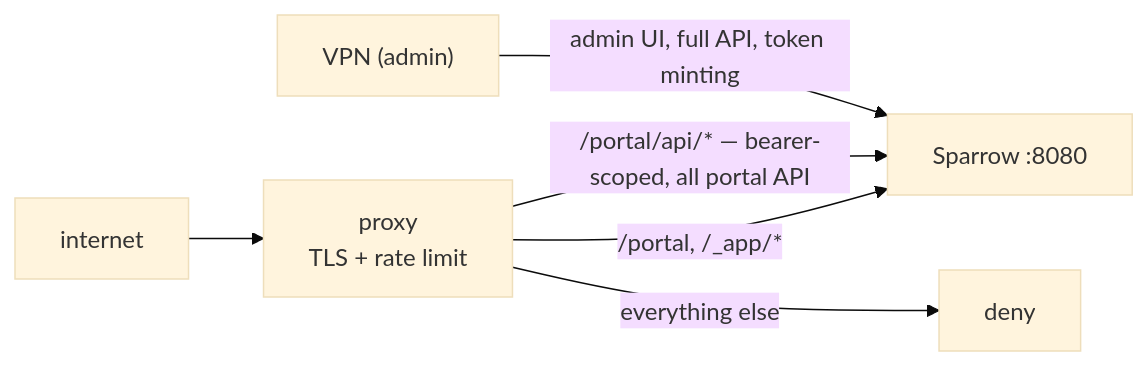
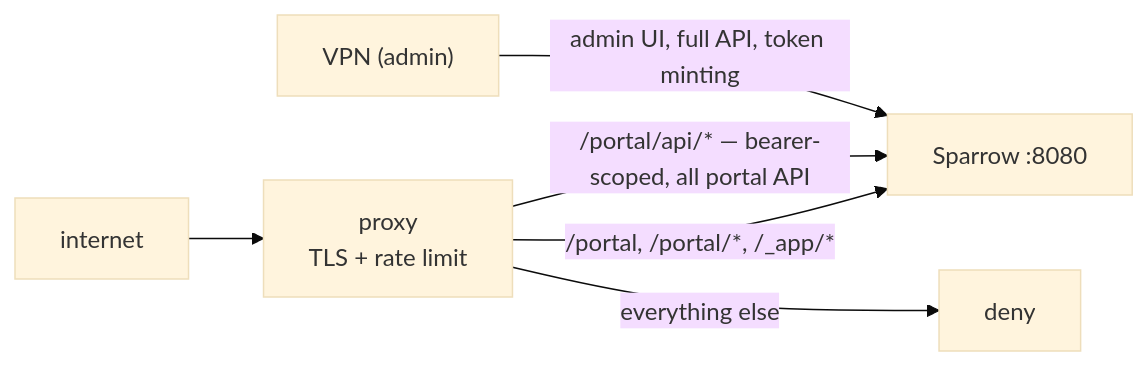
One commit to sarathsp06/sparrow changed the first of 3 diagrams in docs/src/content/docs/deployment/security.mdx. Above: the diagram before and after it, drawn with Mermaid (base theme). The commit also changed other lines of this file and 58 other files, not shown here.

````diff
--- a/docs/src/content/docs/deployment/security.mdx
+++ b/docs/src/content/docs/deployment/security.mdx
@@ -115,10 +115,10 @@
   ```mermaid
   flowchart LR
       accTitle: Portal slice topology
       accDescr: Portal slice topology: the internet reaches a proxy (TLS and rate limiting) that forwards only /portal, /_app/*, and the single bearer-scoped /portal/api/* prefix to Sparrow, denying everything else; a separate VPN path reaches Sparrow :8080 for the admin UI, full API, and token minting.
       Net[internet] --> Proxy["proxy<br>TLS + rate limit"]
-      Proxy -->|"/portal, /_app/*"| S["Sparrow :8080"]
+      Proxy -->|"/portal, /portal/*, /_app/*"| S["Sparrow :8080"]
       Proxy -->|"/portal/api/* — bearer-scoped, all portal API"| S
       Proxy -->|everything else| Deny[deny]
       VPN["VPN (admin)"] -->|"admin UI, full API, token minting"| S
   ```
````
